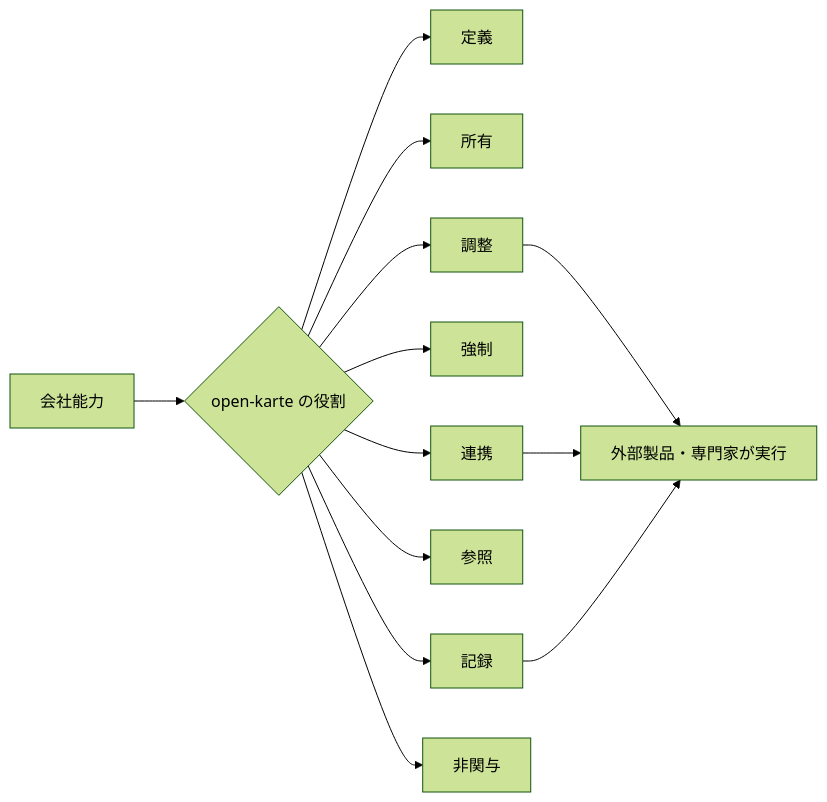
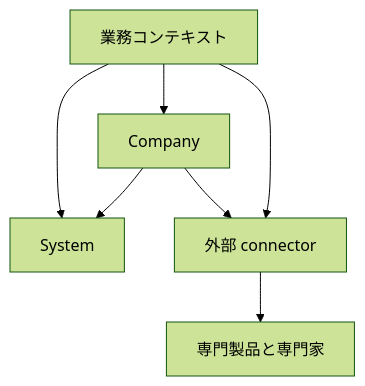
One commit to interactive-inc/open-bedrock changed the first of 2 diagrams in .docs/capability-map.md. Above: the diagram before and after it, drawn with Mermaid (forest theme). The commit also changed other lines of this file and 6 other files, not shown here.

Commit message:
docs: define system company and app boundaries (#1211)

````diff
--- a/.docs/capability-map.md
+++ b/.docs/capability-map.md
@@ -22,15 +5,9 @@
 ```mermaid
-flowchart LR
-  Capability["会社能力"] --> Role{"open-karte の役割"}
-  Role --> Define["定義"]
-  Role --> Own["所有"]
-  Role --> Orchestrate["調整"]
-  Role --> Enforce["強制"]
-  Role --> Record["記録"]
-  Role --> Reference["参照"]
-  Role --> Integrate["連携"]
-  Role --> None["非関与"]
-  Orchestrate --> External["外部製品・専門家が実行"]
-  Integrate --> External
-  Record --> External
+flowchart TD
+  Apps["業務コンテキスト"] --> Company["Company"]
+  Company --> System["System"]
+  Apps --> System
+  Apps --> Connectors["外部 connector"]
+  Company --> Connectors
+  Connectors --> External["専門製品と専門家"]
 ```
````
